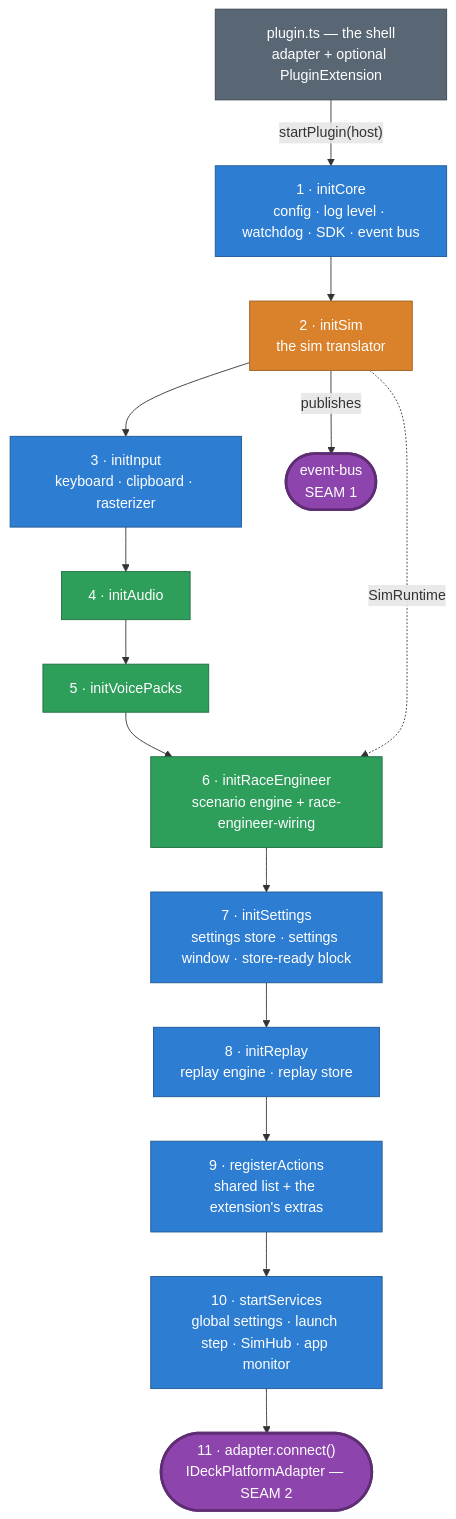
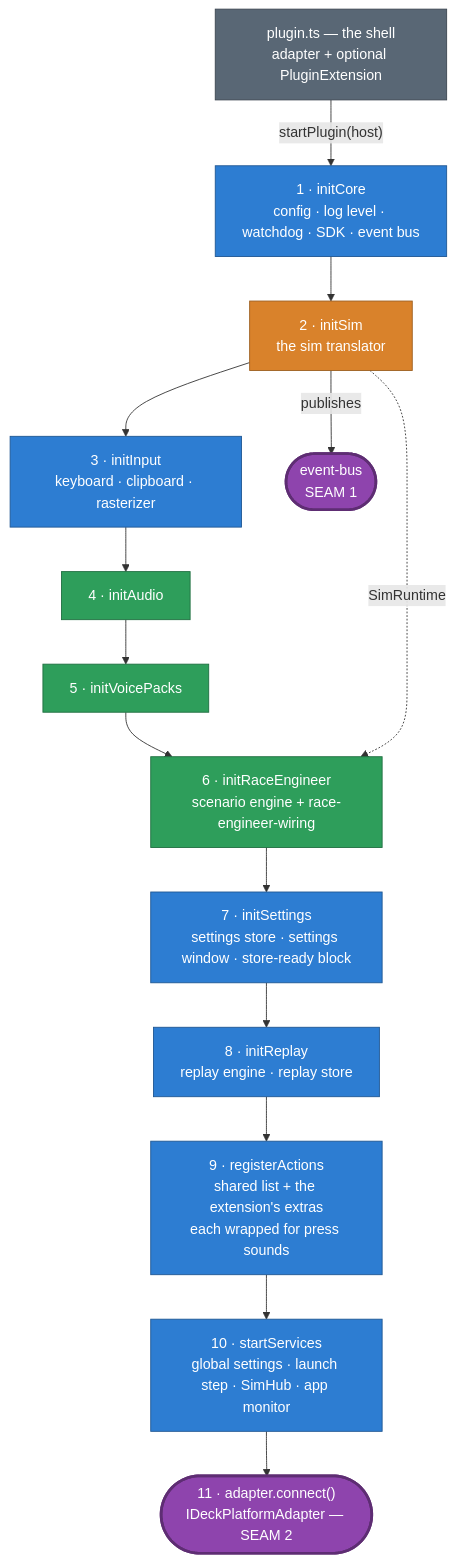
Before and after one commit to niklam/iracedeck: the seventh of 8 diagrams in packages/website/src/content/docs/docs/development/architecture.md, drawn with Mermaid. The commit also changed other lines of this file and 131 other files, not shown here.

First line of the commit message:
feat(press-sounds): optional bleeps for taps and long presses (#269) (#1539)

````diff
--- a/packages/website/src/content/docs/docs/development/architecture.md
+++ b/packages/website/src/content/docs/docs/development/architecture.md
@@ -287,27 +287,27 @@
 ```mermaid
 flowchart TB
   shell["plugin.ts — the shell<br/>adapter + optional PluginExtension"]:::plugin
   p1["1 · initCore<br/>config · log level · watchdog · SDK · event bus"]:::core
   p2["2 · initSim<br/>the sim translator"]:::sim
   p3["3 · initInput<br/>keyboard · clipboard · rasterizer"]:::core
   p4["4 · initAudio"]:::audio
   p5["5 · initVoicePacks"]:::audio
   p6["6 · initRaceEngineer<br/>scenario engine + race-engineer-wiring"]:::audio
   p7["7 · initSettings<br/>settings store · settings window · store-ready block"]:::core
   p8["8 · initReplay<br/>replay engine · replay store"]:::core
-  p9["9 · registerActions<br/>shared list + the extension's extras"]:::core
+  p9["9 · registerActions<br/>shared list + the extension's extras<br/>each wrapped for press sounds"]:::core
   p10["10 · startServices<br/>global settings · launch step · SimHub · app monitor"]:::core
   p11(["11 · adapter.connect()<br/>IDeckPlatformAdapter — SEAM 2"]):::seam
   bus(["event-bus<br/>SEAM 1"]):::seam
 
   shell -->|"startPlugin(host)"| p1
   p1 --> p2 --> p3 --> p4 --> p5 --> p6 --> p7 --> p8 --> p9 --> p10 --> p11
   p2 -->|"publishes"| bus
   p2 -.->|"SimRuntime"| p6
 
   classDef sim fill:#d9822b,color:#fff,stroke:#9c5e1f;
   classDef seam fill:#8e44ad,color:#fff,stroke:#5e2d73,stroke-width:3px;
   classDef core fill:#2d7dd2,color:#fff,stroke:#1f5793;
   classDef audio fill:#2e9e5b,color:#fff,stroke:#1f6e40;
   classDef plugin fill:#596775,color:#fff,stroke:#3c4651;
 ```
````
